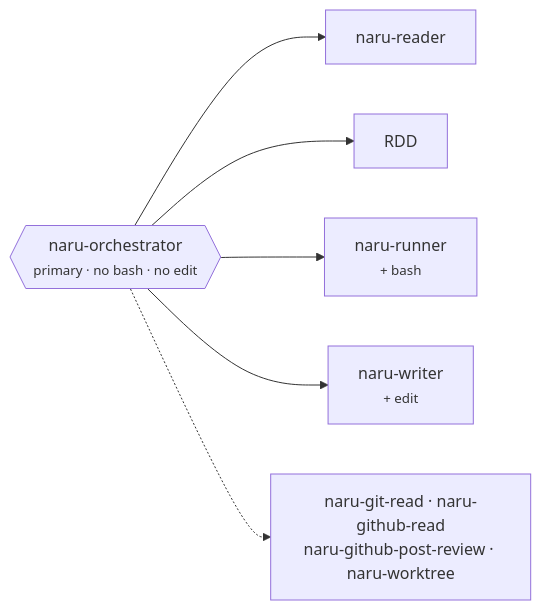
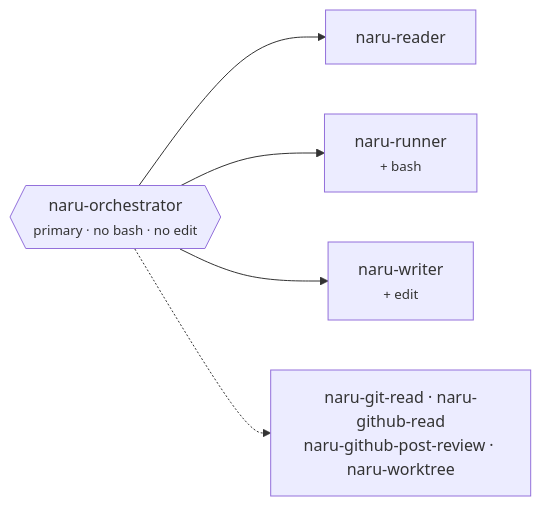
One commit to sean35mm/naru-opencode changed the diagram in docs/development.md. Above: the diagram before and after it, drawn with Mermaid. The commit also changed other lines of this file and 12 other files, not shown here.

````diff
--- a/docs/development.md
+++ b/docs/development.md
@@ -36,14 +36,13 @@
 ```mermaid
 flowchart LR
   ORC{{"naru-orchestrator<br/><small>primary · no bash · no edit</small>"}}
   RD["naru-reader"]
   RUN["naru-runner<br/><small>+ bash</small>"]
   WR["naru-writer<br/><small>+ edit</small>"]
   TOOLS["naru-git-read · naru-github-read<br/>naru-github-post-review · naru-worktree"]
 
   ORC --> RD
-  ORC --> RDD
   ORC --> RUN
   ORC --> WR
   ORC -.-> TOOLS
 ```
````
